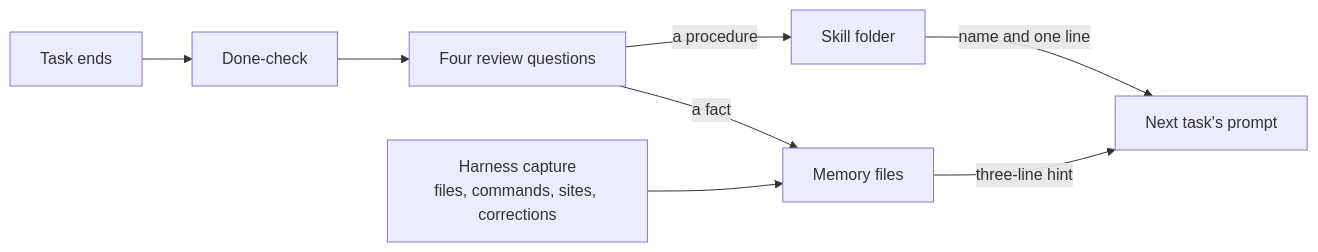
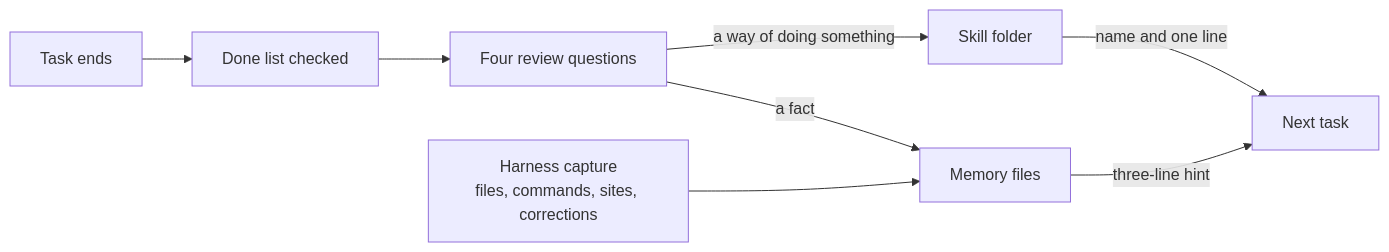
One commit to JaredTate/nerdgenie changed the eighth of 8 diagrams in COEUS.md. Above: the diagram before and after it, drawn with Mermaid. The commit also changed other lines of this file and 1 other file, not shown here.

````diff
--- a/COEUS.md
+++ b/COEUS.md
@@ -309,10 +257,10 @@
 ```mermaid
 flowchart LR
-  T["Task ends"] --> DC["Done-check"]
+  T["Task ends"] --> DC["Done list checked"]
   DC --> AAR["Four review questions"]
   AAR -->|"a fact"| MEM["Memory files"]
-  AAR -->|"a procedure"| SK["Skill folder"]
+  AAR -->|"a way of doing something"| SK["Skill folder"]
   H["Harness capture<br/>files, commands, sites, corrections"] --> MEM
-  MEM -->|"three-line hint"| NEXT["Next task's prompt"]
+  MEM -->|"three-line hint"| NEXT["Next task"]
   SK -->|"name and one line"| NEXT
 ```
````
